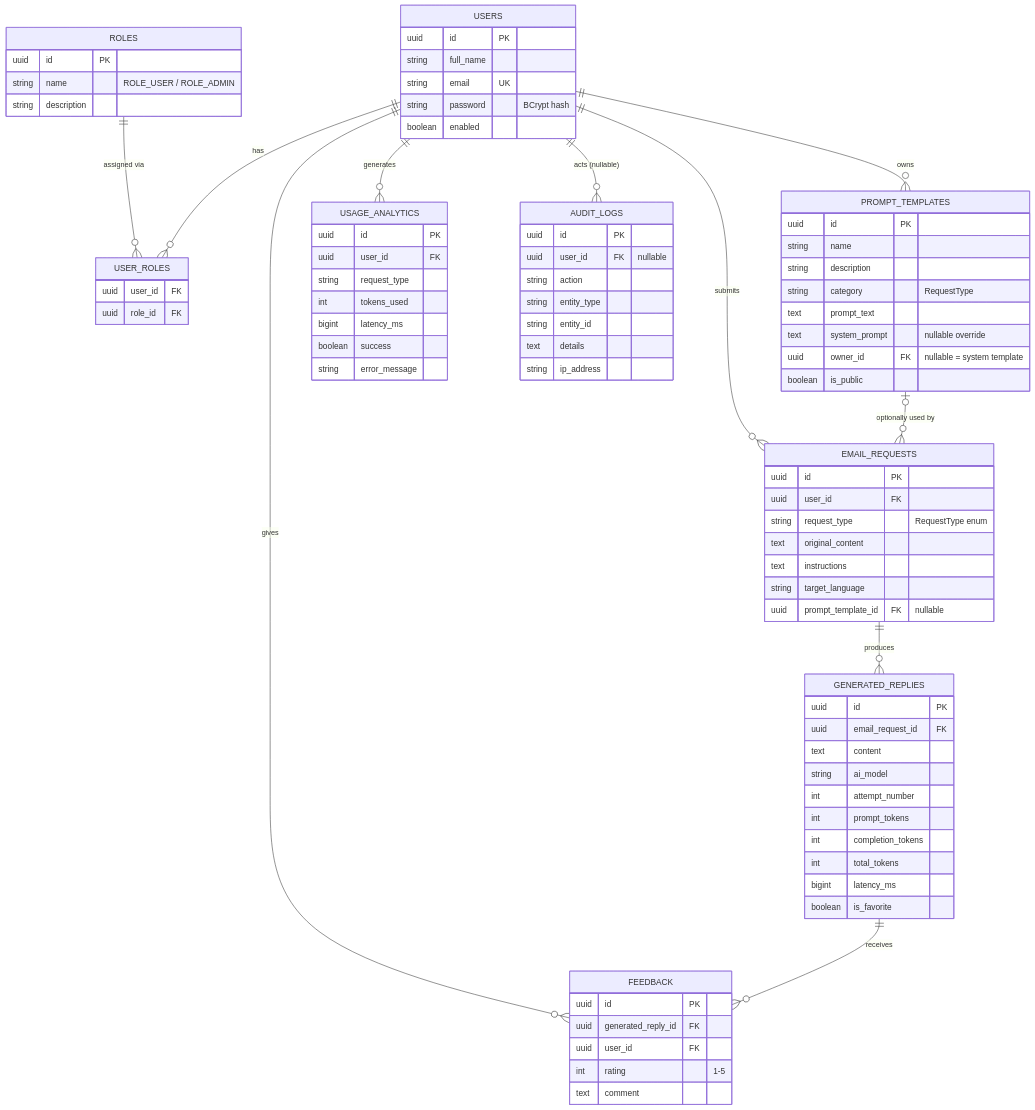
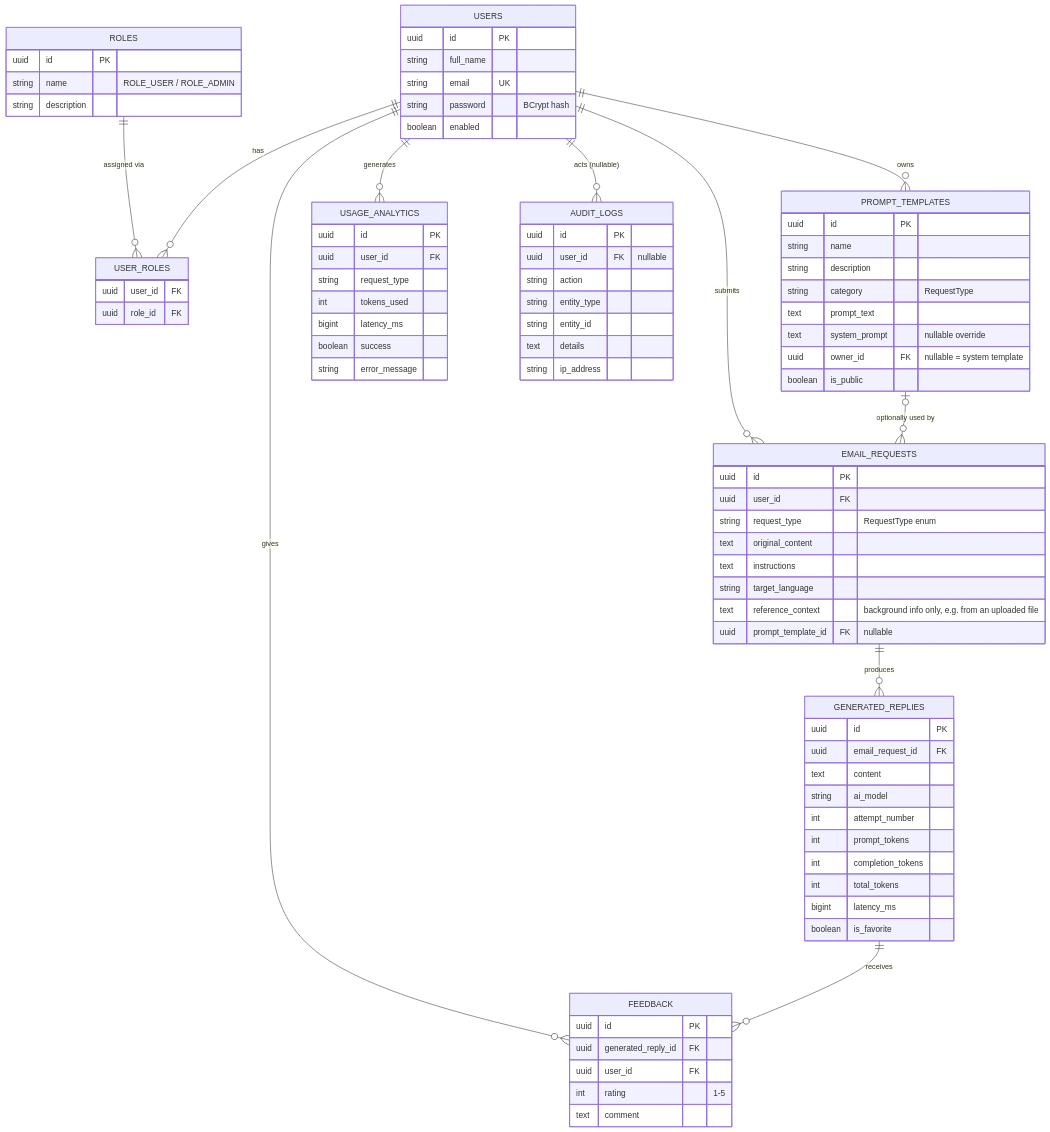
Before and after one commit to Amarkr1998/IntelliMail: the diagram in docs/er-diagram.md, drawn with Mermaid. The commit also changed 32 other files, not shown here.

First line of the commit message:
Add file upload feature with reference-context separation

```diff
--- a/docs/er-diagram.md
+++ b/docs/er-diagram.md
@@ -52,6 +52,7 @@
         text original_content
         text instructions
         string target_language
+        text reference_context "background info only, e.g. from an uploaded file"
         uuid prompt_template_id FK "nullable"
     }
 
```
